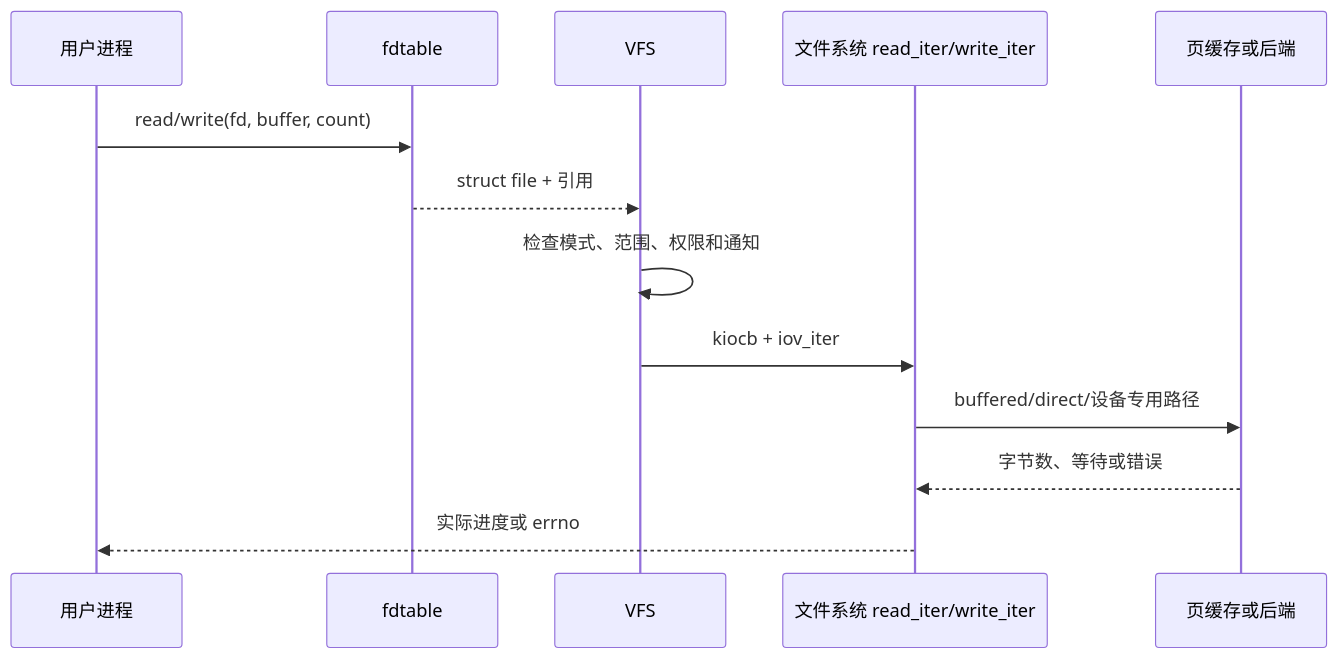
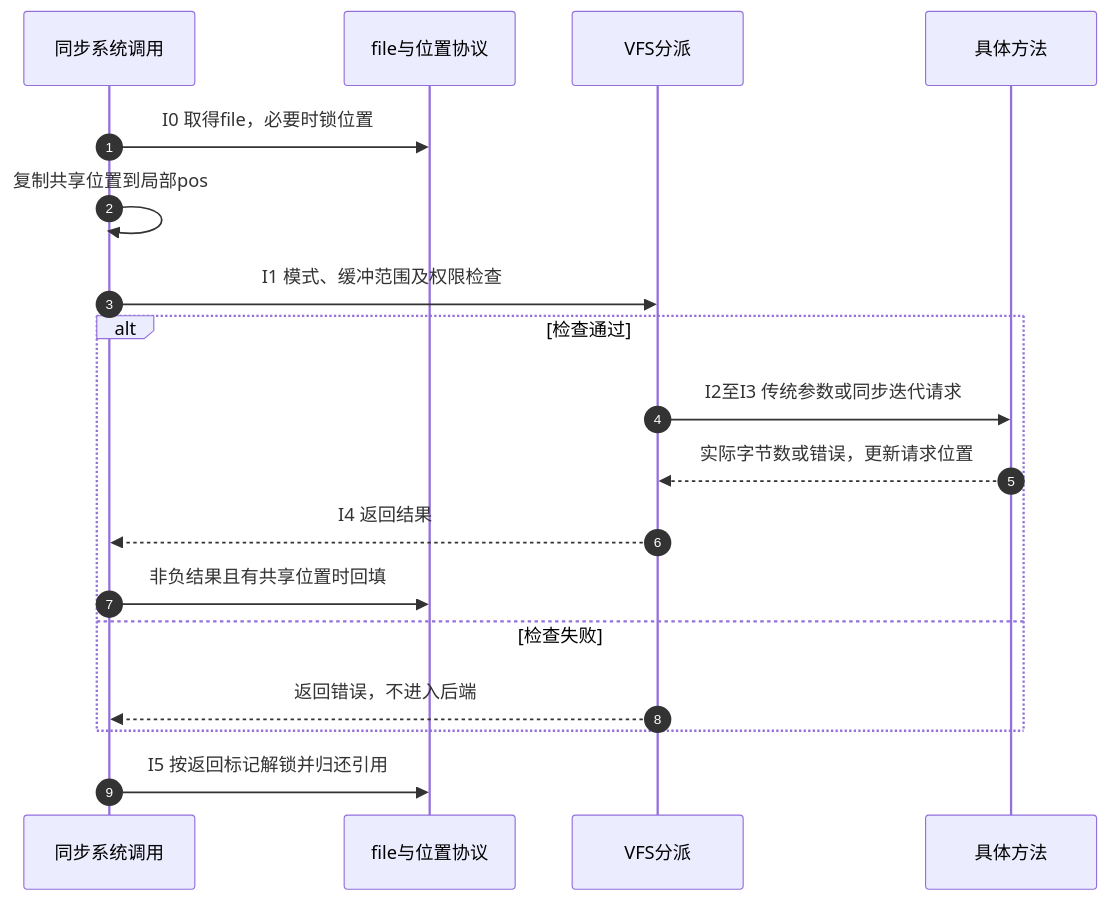
Before and after one commit to FormingSystem/linux_note: the second of 2 diagrams in knowledge/kernel_subsystems/vfs/P14_VFS_read_write分派.md, drawn with Mermaid. The commit also changed other lines of this file and 14 other files, not shown here.

````diff
--- a/knowledge/kernel_subsystems/vfs/P14_VFS_read_write分派.md
+++ b/knowledge/kernel_subsystems/vfs/P14_VFS_read_write分派.md
@@ -15,15 +49,20 @@
 ```mermaid
 sequenceDiagram
-    participant U as 用户进程
-    participant FD as fdtable
-    participant V as VFS
-    participant FS as 文件系统 read_iter/write_iter
-    participant B as 页缓存或后端
-    U->>FD: read/write(fd, buffer, count)
-    FD-->>V: struct file + 引用
-    V->>V: 检查模式、范围、权限和通知
-    V->>FS: kiocb + iov_iter
-    FS->>B: buffered/direct/设备专用路径
-    B-->>FS: 字节数、等待或错误
-    FS-->>U: 实际进度或 errno
+    autonumber
+    participant S as 同步系统调用
+    participant F as file与位置协议
+    participant V as VFS分派
+    participant B as 具体方法
+    S->>F: I0 取得file，必要时锁位置
+    S->>S: 复制共享位置到局部pos
+    S->>V: I1 模式、缓冲范围及权限检查
+    alt 检查通过
+        V->>B: I2至I3 传统参数或同步迭代请求
+        B-->>V: 实际字节数或错误，更新请求位置
+        V-->>S: I4 返回结果
+        S->>F: 非负结果且有共享位置时回填
+    else 检查失败
+        V-->>S: 返回错误，不进入后端
+    end
+    S->>F: I5 按返回标记解锁并归还引用
 ```
````
